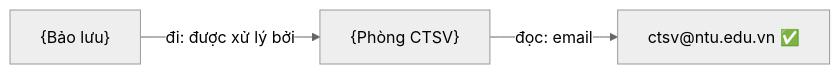
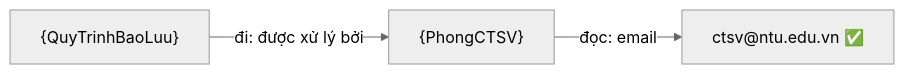
Before and after one commit to vpthinh19/ontology-chatbot: the fourth of 10 diagrams in docs/CONCEPT.md, drawn with Mermaid (neutral theme). The commit also changed other lines of this file, not shown here.

````diff
--- a/docs/CONCEPT.md
+++ b/docs/CONCEPT.md
@@ -201,4 +226,4 @@
 ```mermaid
 flowchart LR
-    S0["{Bảo lưu}"] -->|"đi: được xử lý bởi"| S1["{Phòng CTSV}"] -->|"đọc: email"| S2["ctsv@ntu.edu.vn ✅"]
+    S0["{QuyTrinhBaoLuu}"] -->|"đi: được xử lý bởi"| S1["{PhongCTSV}"] -->|"đọc: email"| S2["ctsv@ntu.edu.vn ✅"]
 ```
````
